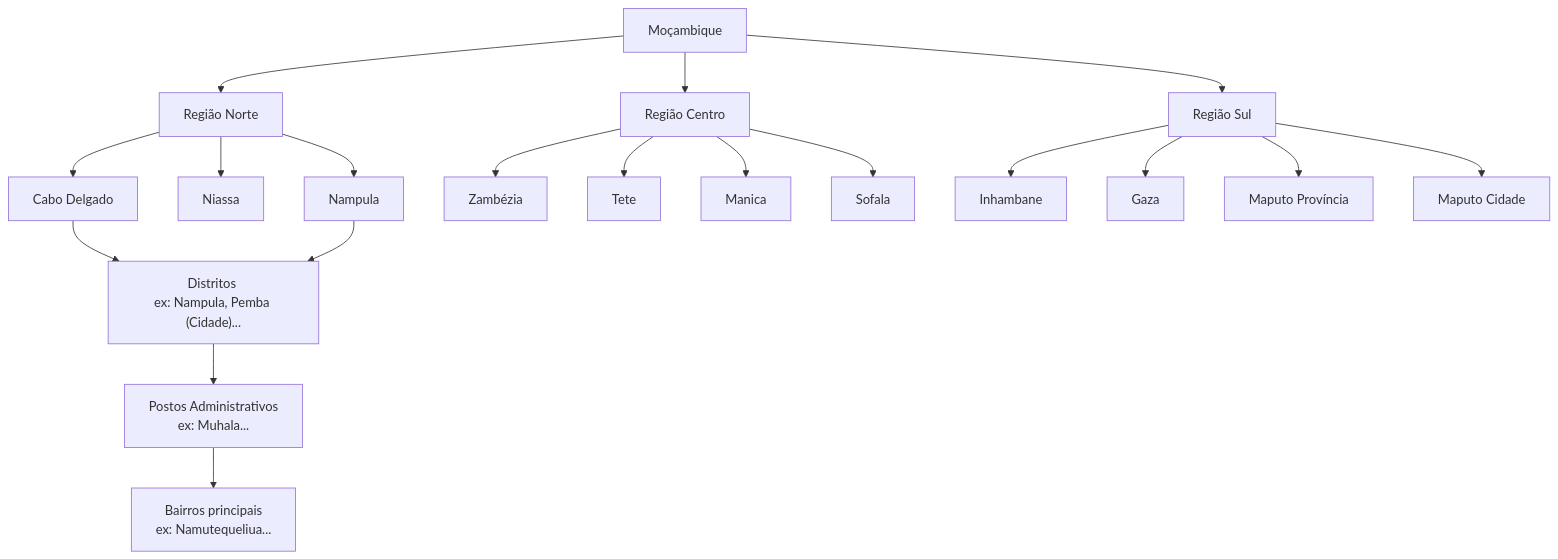
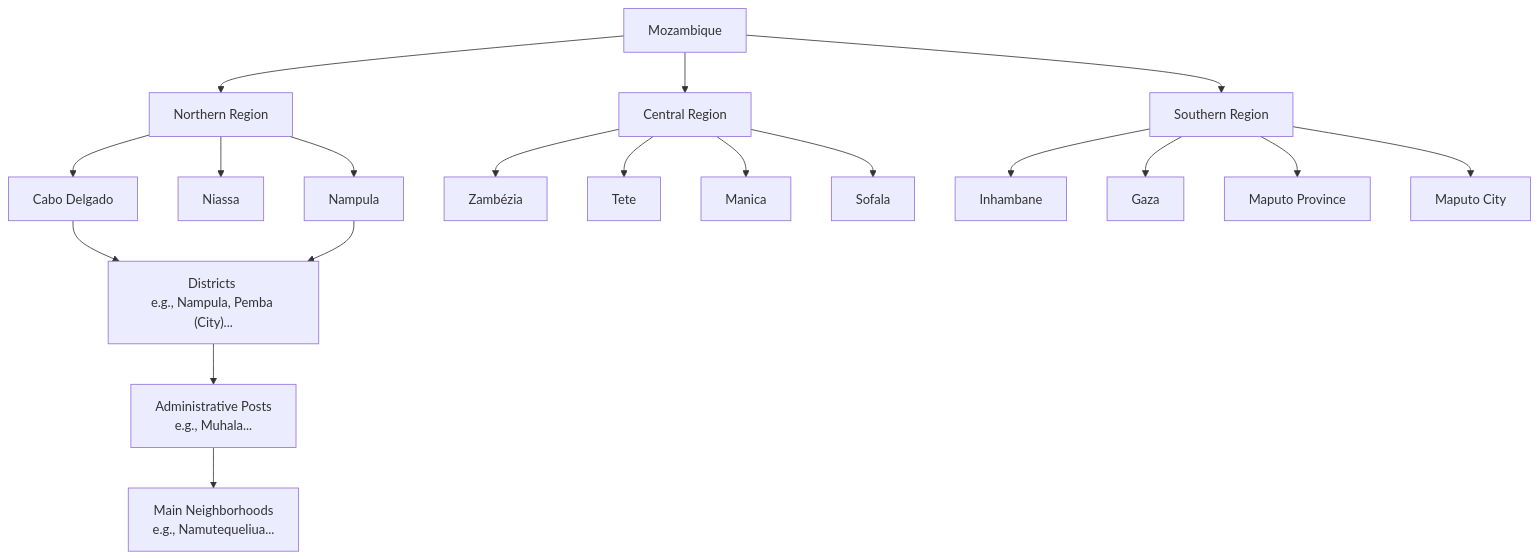
One commit to iradoweck/moz-utils changed the second of 2 diagrams in README.md. Above: the diagram before and after it, drawn with Mermaid. The commit also changed other lines of this file and 17 other files, not shown here.

````diff
--- a/README.md
+++ b/README.md
@@ -75,25 +75,25 @@
 ```mermaid
 graph TD
-    Moz[Moçambique] --> N["Região Norte"]
-    Moz --> C["Região Centro"]
-    Moz --> S["Região Sul"]
+    Moz[Mozambique] --> N["Northern Region"]
+    Moz --> C["Central Region"]
+    Moz --> S["Southern Region"]
 
     N --> CD["Cabo Delgado"]
     N --> NS["Niassa"]
     N --> NPL["Nampula"]
 
     C --> ZMB["Zambézia"]
     C --> TT["Tete"]
     C --> MN["Manica"]
     C --> SF["Sofala"]
 
     S --> INH["Inhambane"]
     S --> GZ["Gaza"]
-    S --> MPT["Maputo Província"]
-    S --> MC["Maputo Cidade"]
+    S --> MPT["Maputo Province"]
+    S --> MC["Maputo City"]
 
-    CD --> D["Distritos <br/>ex: Nampula, Pemba (Cidade)..."]
+    CD --> D["Districts <br/>e.g., Nampula, Pemba (City)..."]
     NPL --> D
-    D --> PA["Postos Administrativos <br/>ex: Muhala..."]
-    PA --> B["Bairros principais <br/>ex: Namutequeliua..."]
+    D --> PA["Administrative Posts <br/>e.g., Muhala..."]
+    PA --> B["Main Neighborhoods <br/>e.g., Namutequeliua..."]
 ```
````
